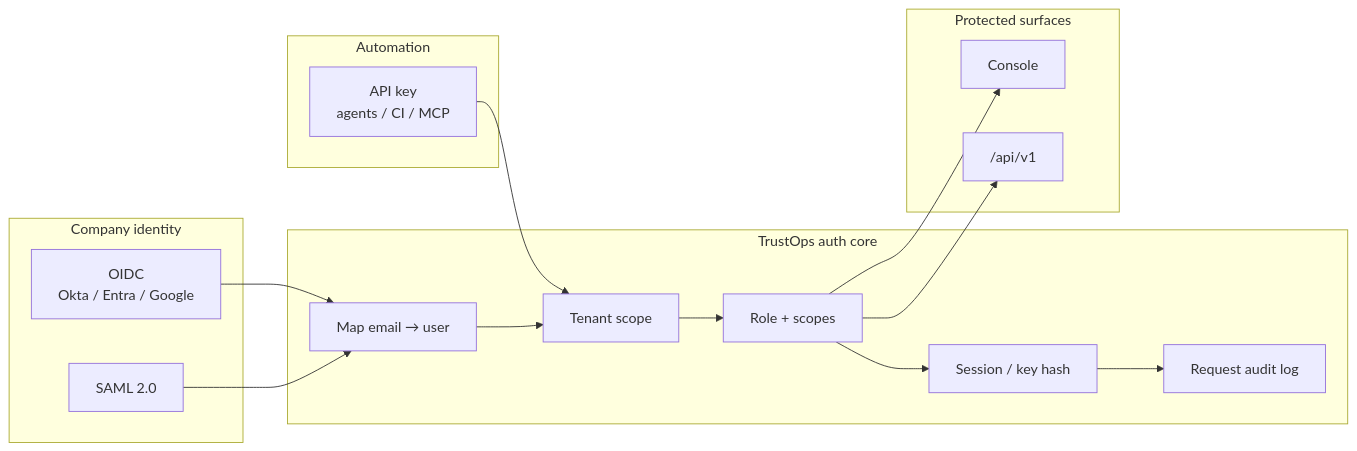
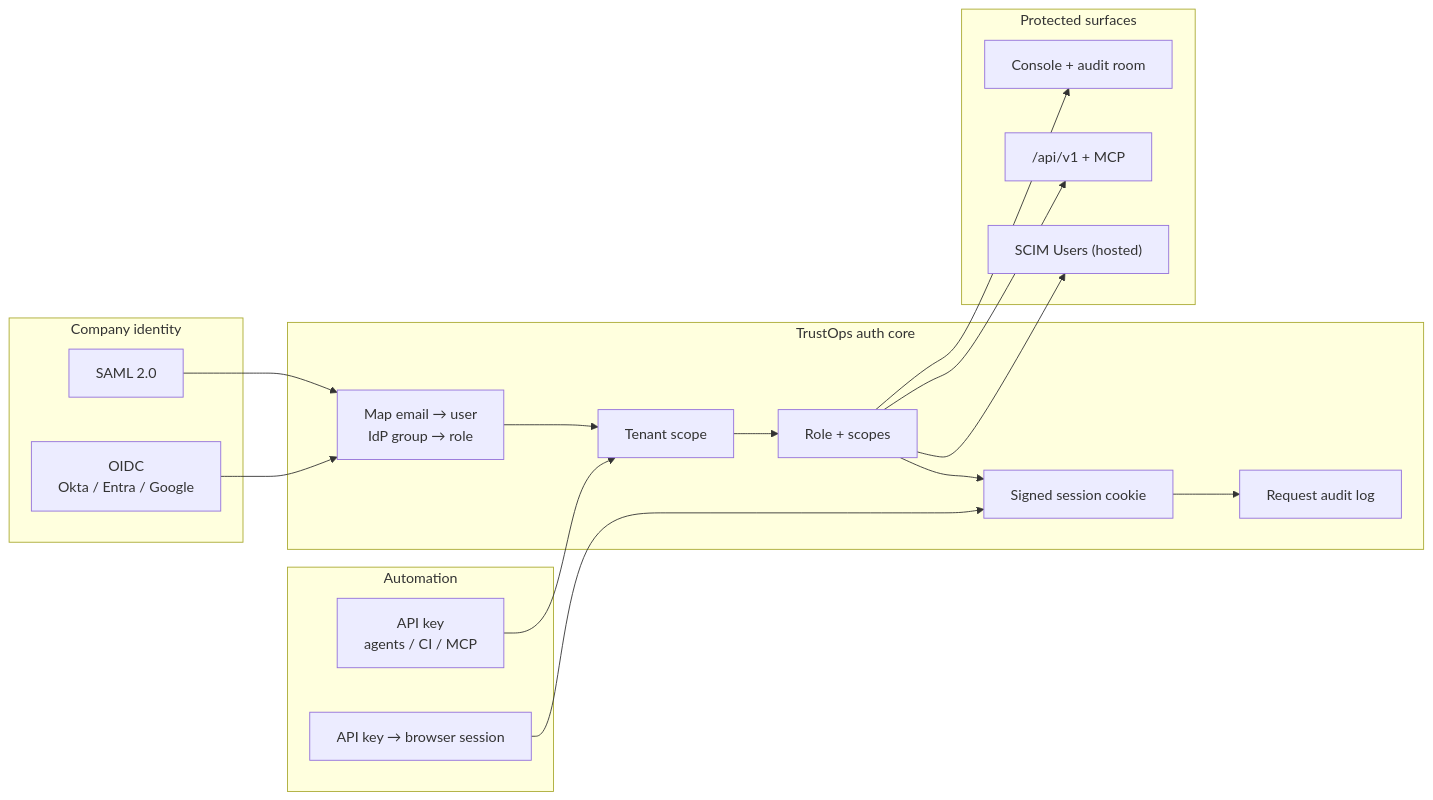
One commit to msaad00/trustops-security-data-lake changed the first of 2 diagrams in docs/diagrams/auth-identity.md. Above: the diagram before and after it, drawn with Mermaid. The commit also changed other lines of this file and 18 other files, not shown here.

First line of the commit message:
docs: refresh README, diagrams, and console screenshots (#349)

````diff
--- a/docs/diagrams/auth-identity.md
+++ b/docs/diagrams/auth-identity.md
@@ -8,31 +8,35 @@
 ```mermaid
 flowchart LR
   subgraph IdP["Company identity"]
     OIDC["OIDC<br/>Okta / Entra / Google"]
     SAML["SAML 2.0"]
   end
 
   subgraph Headless["Automation"]
     KEY["API key<br/>agents / CI / MCP"]
+    SESS["API key → browser session"]
   end
 
   subgraph TrustOps["TrustOps auth core"]
-    MAP["Map email → user"]
+    MAP["Map email → user<br/>IdP group → role"]
     TEN["Tenant scope"]
     RBAC["Role + scopes"]
-    SESS["Session / key hash"]
+    SIGN["Signed session cookie"]
     AUD["Request audit log"]
   end
 
   subgraph Apps["Protected surfaces"]
-    CON["Console"]
-    V1["/api/v1"]
+    CON["Console + audit room"]
+    V1["/api/v1 + MCP"]
+    SCIM["SCIM Users (hosted)"]
   end
 
   OIDC --> MAP
   SAML --> MAP
   KEY --> TEN
-  MAP --> TEN --> RBAC --> SESS --> AUD
+  SESS --> SIGN
+  MAP --> TEN --> RBAC --> SIGN --> AUD
   RBAC --> CON
   RBAC --> V1
+  RBAC --> SCIM
 ```
````
